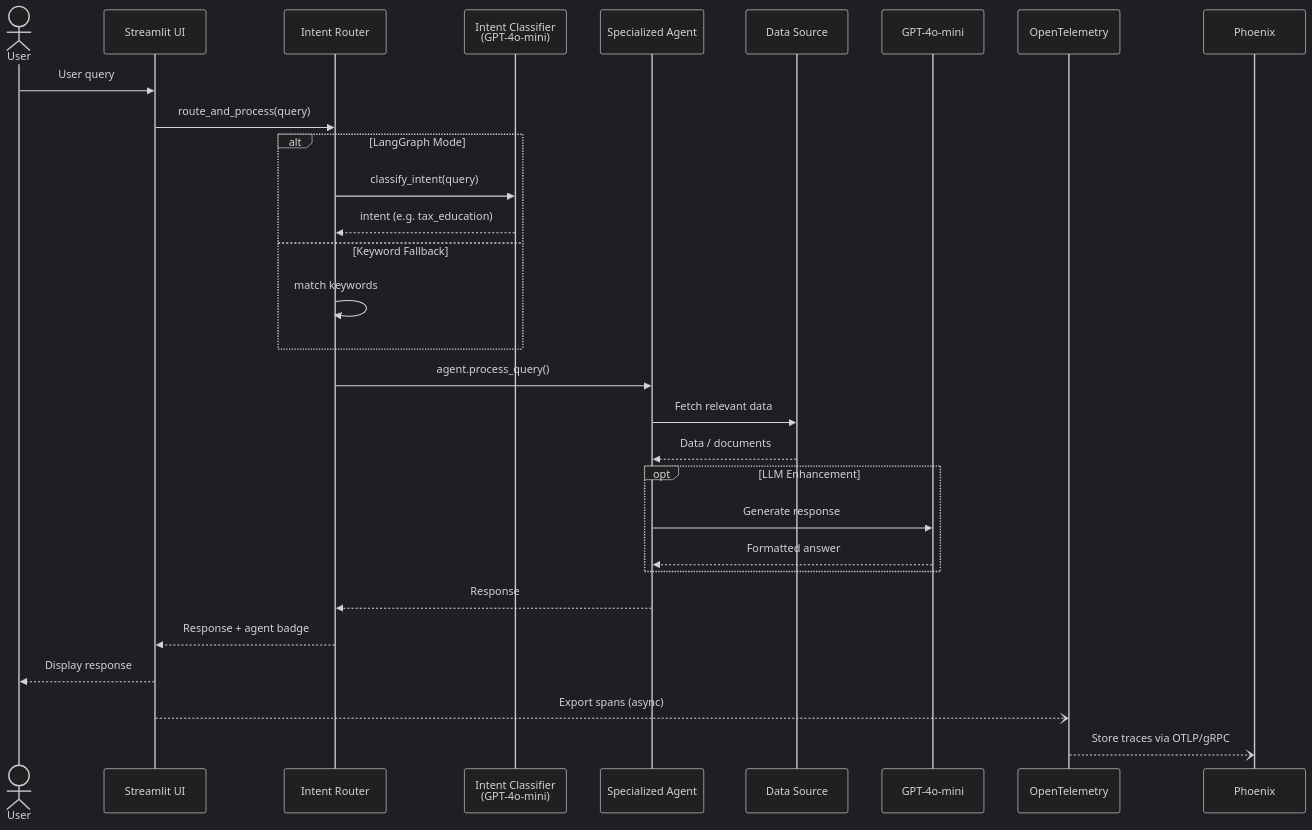
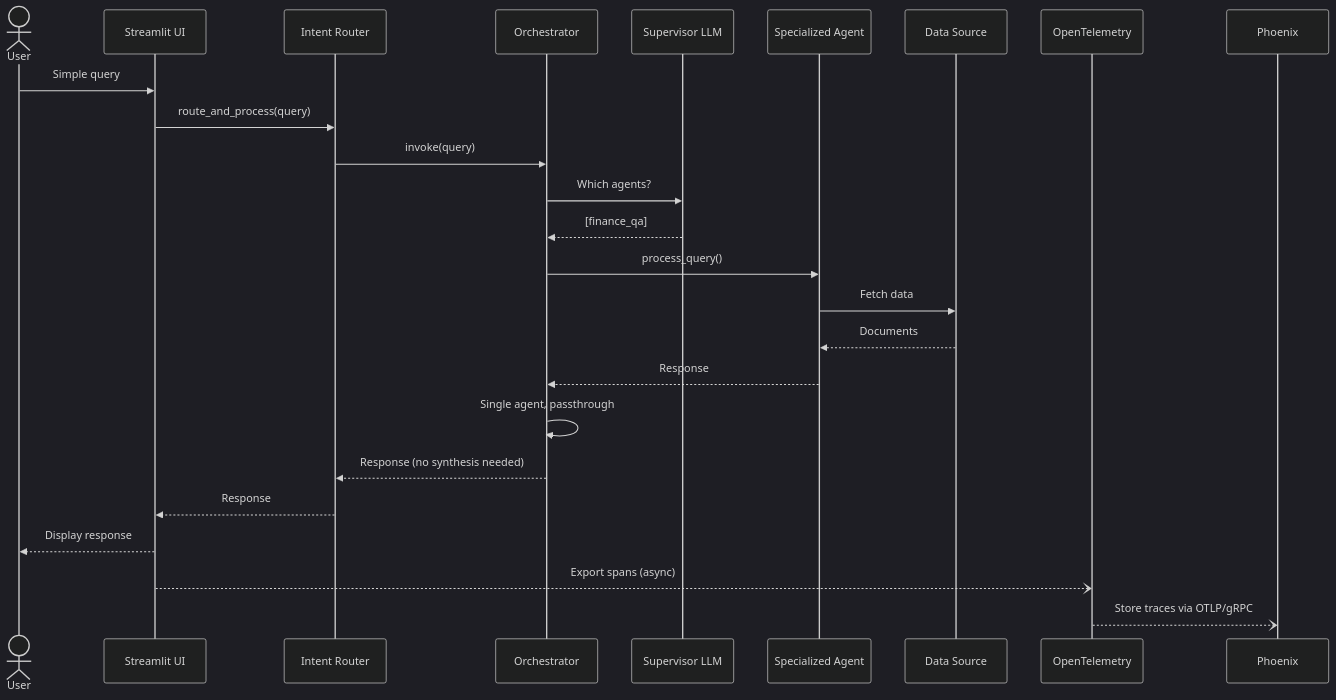
One commit to ruqianq/ik-capstone-finnie changed the third of 5 diagrams in README.md. Above: the diagram before and after it, drawn with Mermaid (dark theme). The commit also changed other lines of this file and 6 other files, not shown here.

First line of the commit message:
Implement multi-agent orchestrator with supervisor pattern

````diff
--- a/README.md
+++ b/README.md
@@ -96,38 +159,32 @@
 ```mermaid
 sequenceDiagram
     actor User
     participant UI as Streamlit UI
     participant Router as Intent Router
-    participant IC as Intent Classifier<br/>(GPT-4o-mini)
+    participant Orch as Orchestrator
+    participant LLM as Supervisor LLM
     participant Agent as Specialized Agent
     participant DS as Data Source
-    participant LLM as GPT-4o-mini
     participant OTEL as OpenTelemetry
     participant PH as Phoenix
 
-    User->>UI: User query
+    User->>UI: Simple query
     UI->>Router: route_and_process(query)
+    Router->>Orch: invoke(query)
 
-    alt LangGraph Mode
-        Router->>IC: classify_intent(query)
-        IC-->>Router: intent (e.g. tax_education)
-    else Keyword Fallback
-        Router->>Router: match keywords
-    end
+    Orch->>LLM: Which agents?
+    LLM-->>Orch: [finance_qa]
 
-    Router->>Agent: agent.process_query()
-    Agent->>DS: Fetch relevant data
-    DS-->>Agent: Data / documents
+    Orch->>Agent: process_query()
+    Agent->>DS: Fetch data
+    DS-->>Agent: Documents
+    Agent-->>Orch: Response
 
-    opt LLM Enhancement
-        Agent->>LLM: Generate response
-        LLM-->>Agent: Formatted answer
-    end
-
-    Agent-->>Router: Response
-    Router-->>UI: Response + agent badge
+    Orch->>Orch: Single agent, passthrough
+    Orch-->>Router: Response (no synthesis needed)
+    Router-->>UI: Response
     UI-->>User: Display response
 
     UI--)OTEL: Export spans (async)
     OTEL--)PH: Store traces via OTLP/gRPC
 ```
````
